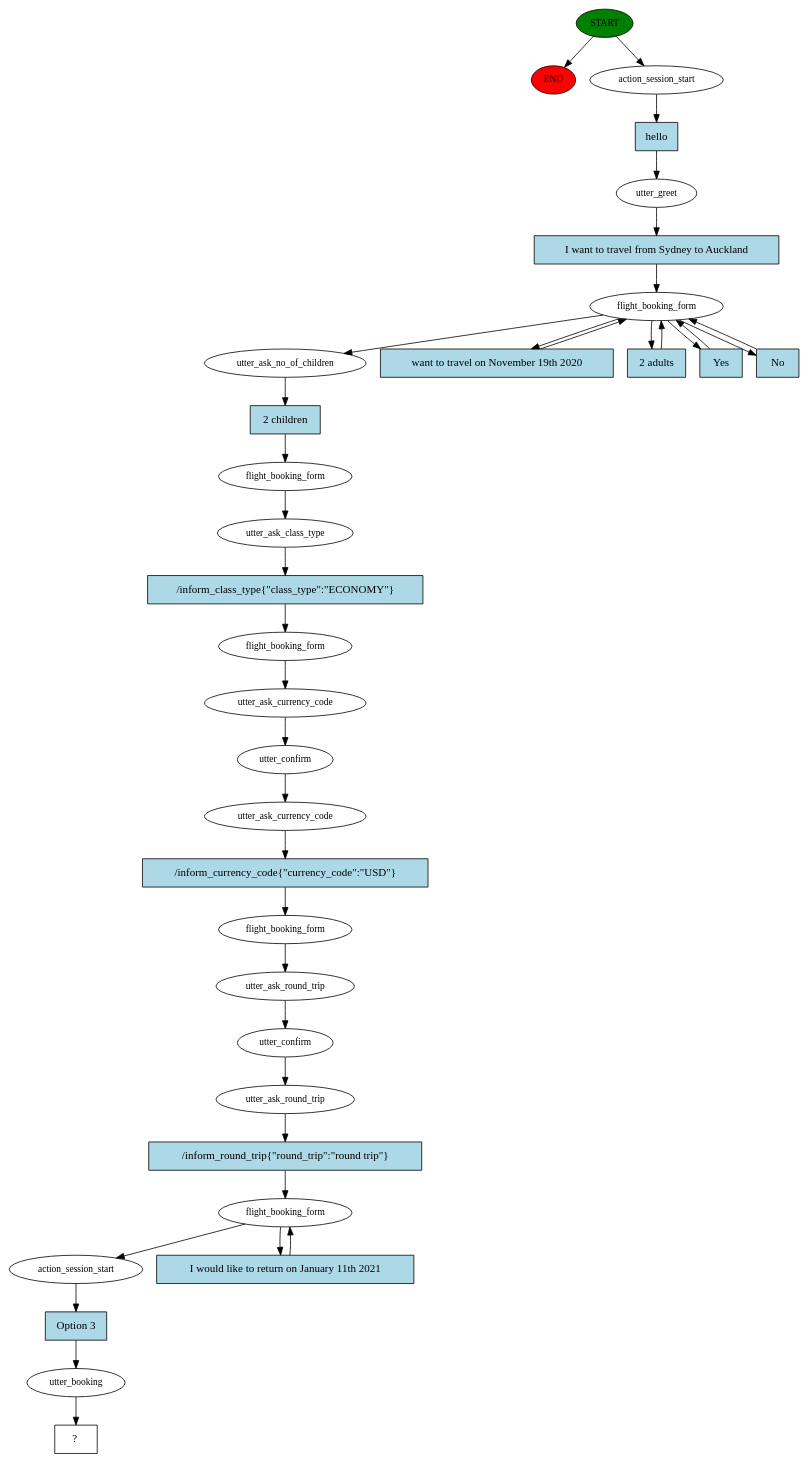
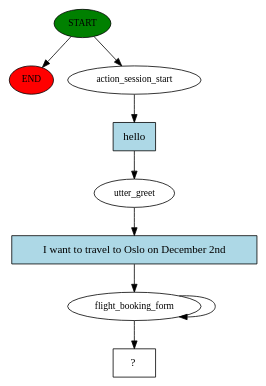
The diagram in story_graph.dot (DaVeY79/intelligent-flight-agent), drawn with Graphviz before and after one commit. The commit also changed 13 other files, not shown here.

```diff
--- a/story_graph.dot
+++ b/story_graph.dot
@@ -1,70 +1,18 @@
 digraph  {
 0 [class="start active", fillcolor=green, fontsize=12, label=START, style=filled];
 "-1" [class=end, fillcolor=red, fontsize=12, label=END, style=filled];
 1 [class=active, fontsize=12, label=action_session_start];
 2 [class=active, fontsize=12, label=utter_greet];
 3 [class=active, fontsize=12, label=flight_booking_form];
-9 [class=active, fontsize=12, label=utter_ask_no_of_children];
-10 [class=active, fontsize=12, label=flight_booking_form];
-11 [class=active, fontsize=12, label=utter_ask_class_type];
-12 [class=active, fontsize=12, label=flight_booking_form];
-13 [class=active, fontsize=12, label=utter_ask_currency_code];
-14 [class=active, fontsize=12, label=utter_confirm];
-15 [class=active, fontsize=12, label=utter_ask_currency_code];
-16 [class=active, fontsize=12, label=flight_booking_form];
-17 [class=active, fontsize=12, label=utter_ask_round_trip];
-18 [class=active, fontsize=12, label=utter_confirm];
-19 [class=active, fontsize=12, label=utter_ask_round_trip];
-20 [class=active, fontsize=12, label=flight_booking_form];
-23 [class=active, fontsize=12, label=action_session_start];
-24 [class=active, fontsize=12, label=utter_booking];
-25 [class="intent dashed active", label="  ?  ", shape=rect];
-26 [class="intent active", fillcolor=lightblue, label=hello, shape=rect, style=filled];
-27 [class="intent active", fillcolor=lightblue, label="I want to travel from Sydney to Auckland", shape=rect, style=filled];
-28 [class="intent active", fillcolor=lightblue, label="want to travel on November 19th 2020", shape=rect, style=filled];
-29 [class="intent active", fillcolor=lightblue, label="2 adults", shape=rect, style=filled];
-30 [class="intent active", fillcolor=lightblue, label=Yes, shape=rect, style=filled];
-31 [class="intent active", fillcolor=lightblue, label=No, shape=rect, style=filled];
-32 [class="intent active", fillcolor=lightblue, label="2 children", shape=rect, style=filled];
-33 [class="intent active", fillcolor=lightblue, label="/inform_class_type{\"class_type\":\"ECONOMY\"}", shape=rect, style=filled];
-34 [class="intent active", fillcolor=lightblue, label="/inform_currency_code{\"currency_code\":\"USD\"}", shape=rect, style=filled];
-35 [class="intent active", fillcolor=lightblue, label="/inform_round_trip{\"round_trip\":\"round trip\"}", shape=rect, style=filled];
-36 [class="intent active", fillcolor=lightblue, label="I would like to return on January 11th 2021", shape=rect, style=filled];
-37 [class="intent active", fillcolor=lightblue, label="Option 3", shape=rect, style=filled];
+6 [class="intent dashed active", label="  ?  ", shape=rect];
+7 [class="intent active", fillcolor=lightblue, label=hello, shape=rect, style=filled];
+8 [class="intent active", fillcolor=lightblue, label="I want to travel to Oslo on December 2nd", shape=rect, style=filled];
 0 -> "-1"  [class="", key=NONE, label=""];
 0 -> 1  [class=active, key=NONE, label=""];
-1 -> 26  [class=active, key=0];
-2 -> 27  [class=active, key=0];
-3 -> 9  [class=active, key=NONE, label=""];
-3 -> 28  [class=active, key=0];
-3 -> 29  [class=active, key=0];
-3 -> 30  [class=active, key=0];
-3 -> 31  [class=active, key=0];
-9 -> 32  [class=active, key=0];
-10 -> 11  [class=active, key=NONE, label=""];
-11 -> 33  [class=active, key=0];
-12 -> 13  [class=active, key=NONE, label=""];
-13 -> 14  [class=active, key=NONE, label=""];
-14 -> 15  [class=active, key=NONE, label=""];
-15 -> 34  [class=active, key=0];
-16 -> 17  [class=active, key=NONE, label=""];
-17 -> 18  [class=active, key=NONE, label=""];
-18 -> 19  [class=active, key=NONE, label=""];
-19 -> 35  [class=active, key=0];
-20 -> 23  [class=active, key=NONE, label=""];
-20 -> 36  [class=active, key=0];
-23 -> 37  [class=active, key=0];
-24 -> 25  [class=active, key=NONE, label=""];
-26 -> 2  [class=active, key=0];
-27 -> 3  [class=active, key=0];
-28 -> 3  [class=active, key=0];
-29 -> 3  [class=active, key=0];
-30 -> 3  [class=active, key=0];
-31 -> 3  [class=active, key=0];
-32 -> 10  [class=active, key=0];
-33 -> 12  [class=active, key=0];
-34 -> 16  [class=active, key=0];
-35 -> 20  [class=active, key=0];
-36 -> 20  [class=active, key=0];
-37 -> 24  [class=active, key=0];
+1 -> 7  [class=active, key=0];
+2 -> 8  [class=active, key=0];
+3 -> 3  [class=active, key=NONE, label=""];
+3 -> 6  [class=active, key=NONE, label=""];
+7 -> 2  [class=active, key=0];
+8 -> 3  [class=active, key=0];
 }
```
